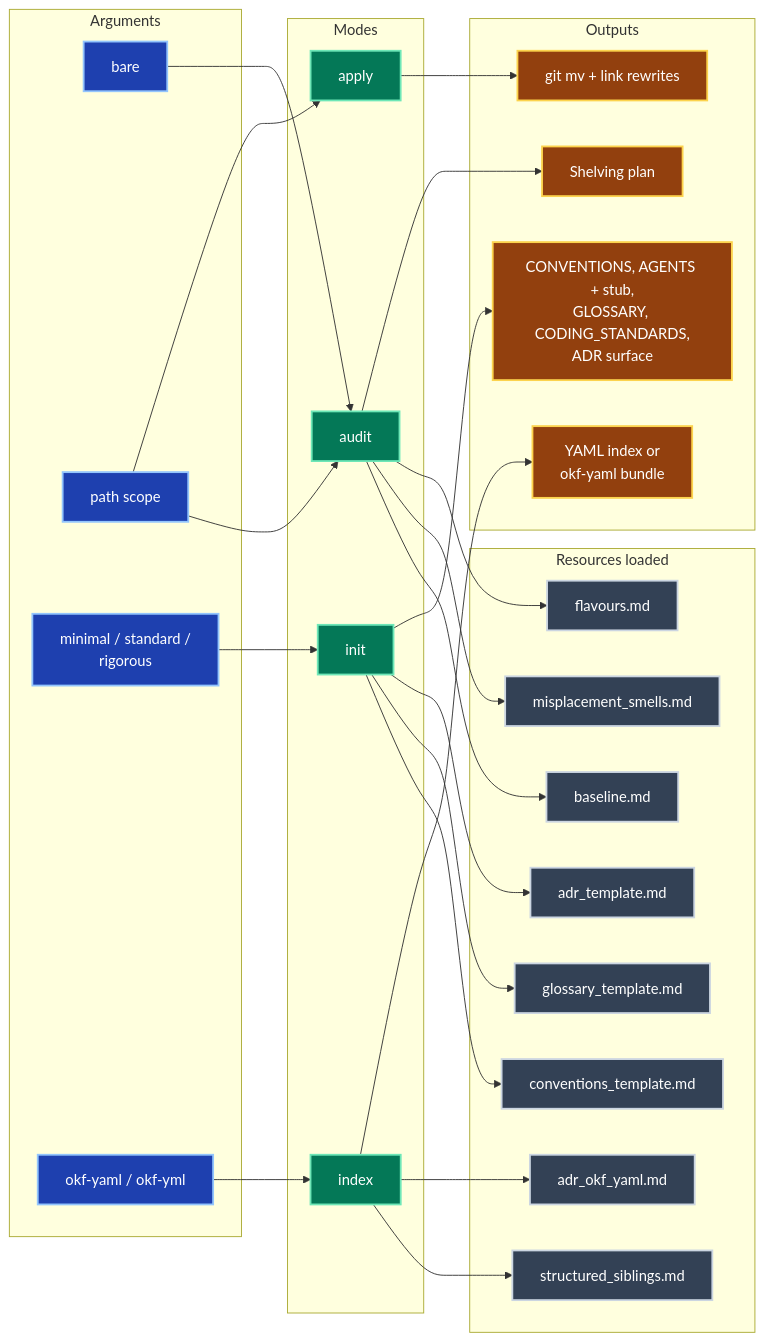
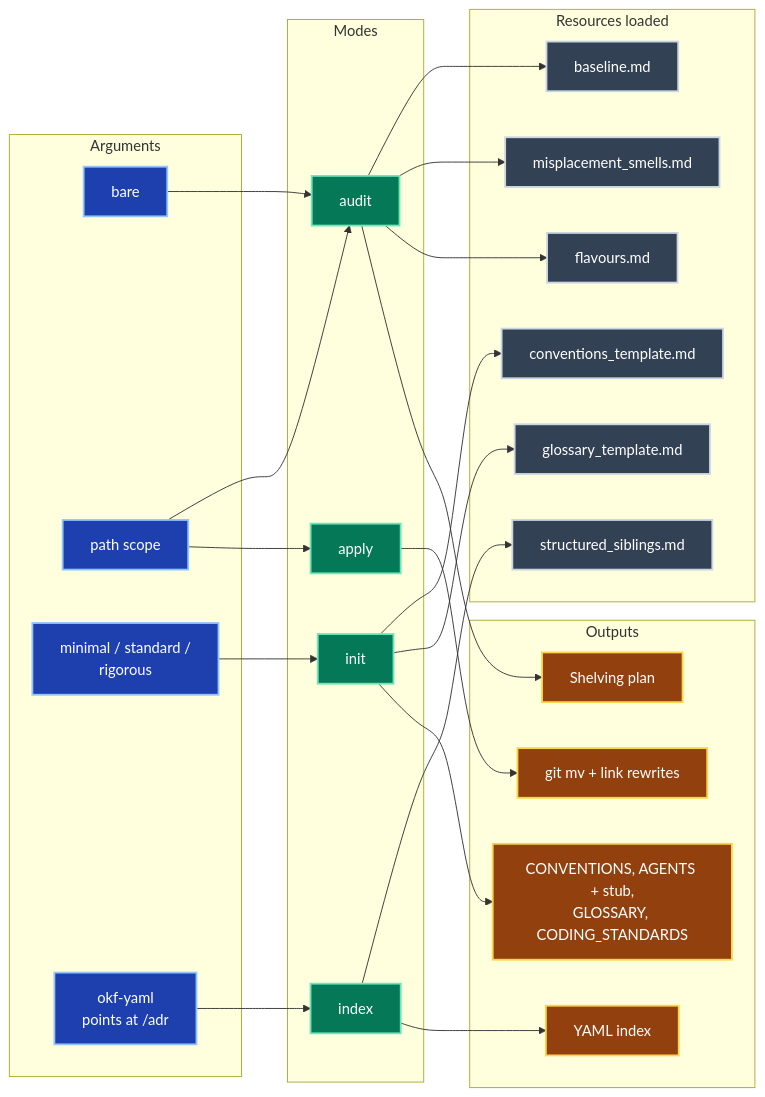
Before and after one commit to jpeakai/skills: the second of 12 diagrams in skills/librarian/ARCHITECTURE.md, drawn with Mermaid. The commit also changed other lines of this file and 49 other files, not shown here.

````diff
--- a/skills/librarian/ARCHITECTURE.md
+++ b/skills/librarian/ARCHITECTURE.md
@@ -53,57 +53,53 @@
 ```mermaid
 flowchart LR
     subgraph ARGS["Arguments"]
         BARE["bare"]:::input
         PATH["path scope"]:::input
         FLV["minimal / standard /<br/>rigorous"]:::input
-        CONV["okf-yaml / okf-yml"]:::input
+        CONV["okf-yaml<br/>points at /adr"]:::input
     end
 
     subgraph MODES["Modes"]
         AUD["audit"]:::step
         APP["apply"]:::step
         INI["init"]:::step
         IDX["index"]:::step
     end
 
     subgraph RES["Resources loaded"]
         BASE["baseline.md"]:::resource
         SMELL["misplacement_smells.md"]:::resource
         FLAV["flavours.md"]:::resource
         CTPL["conventions_template.md"]:::resource
         GTPL["glossary_template.md"]:::resource
-        ATPL["adr_template.md"]:::resource
         SIB["structured_siblings.md"]:::resource
-        OKF["adr_okf_yaml.md"]:::resource
     end
 
     subgraph OUT["Outputs"]
         PLAN["Shelving plan"]:::artifact
         MOV["git mv + link rewrites"]:::artifact
-        CORE["CONVENTIONS, AGENTS + stub,<br/>GLOSSARY, CODING_STANDARDS,<br/>ADR surface"]:::artifact
-        GEN["YAML index or<br/>okf-yaml bundle"]:::artifact
+        CORE["CONVENTIONS, AGENTS + stub,<br/>GLOSSARY, CODING_STANDARDS"]:::artifact
+        GEN["YAML index"]:::artifact
     end
 
     BARE --> AUD
     PATH --> AUD
     PATH --> APP
     FLV --> INI
     CONV --> IDX
     AUD --> BASE
     AUD --> SMELL
     AUD --> FLAV
     INI --> CTPL
     INI --> GTPL
-    INI --> ATPL
     IDX --> SIB
-    IDX --> OKF
     AUD --> PLAN
     APP --> MOV
     INI --> CORE
     IDX --> GEN
 
     classDef input    fill:#1e40af,stroke:#93c5fd,color:#fff,stroke-width:2px
     classDef step     fill:#047857,stroke:#6ee7b7,color:#fff,stroke-width:2px
     classDef resource fill:#334155,stroke:#cbd5e1,color:#fff,stroke-width:2px
     classDef artifact fill:#92400e,stroke:#fcd34d,color:#fff,stroke-width:2px
 ```
````
